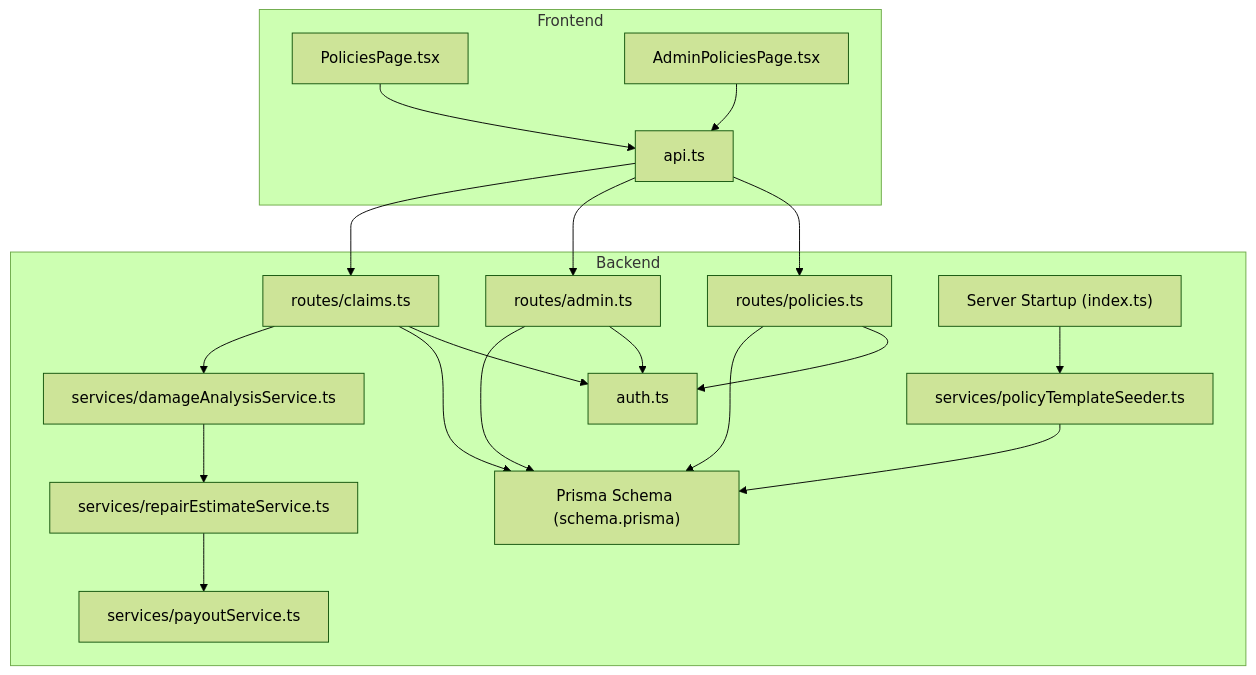
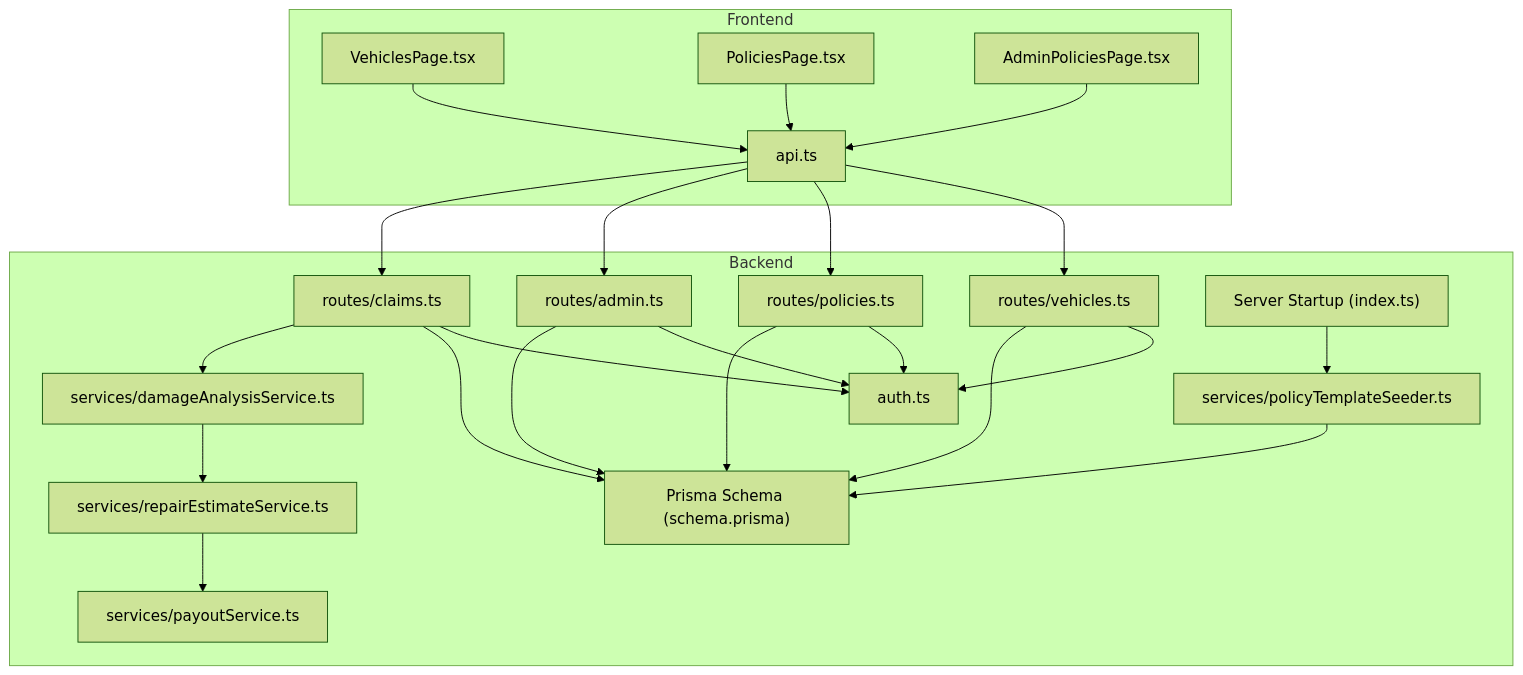
The first of 9 diagrams in .qoder/repowiki/en/content/Business Logic Layer/Policy Management System.md (NaveenHiranya/Smart-Vehicle-Insurance-Claim-System), drawn with Mermaid (forest theme) before and after one commit. The commit also changed other lines of this file and 21 other files, not shown here.

````diff
--- a/.qoder/repowiki/en/content/Business Logic Layer/Policy Management System.md
+++ b/.qoder/repowiki/en/content/Business Logic Layer/Policy Management System.md
@@ -51,36 +52,42 @@
 ```mermaid
 graph TB
 subgraph "Frontend"
+FE_Vehicles["VehiclesPage.tsx"]
 FE_Policies["PoliciesPage.tsx"]
 FE_Admin["AdminPoliciesPage.tsx"]
 FE_API["api.ts"]
 end
 subgraph "Backend"
 AuthMW["auth.ts"]
+Routes_Vehicles["routes/vehicles.ts"]
 Routes_Policies["routes/policies.ts"]
 Routes_Admin["routes/admin.ts"]
 Routes_Claims["routes/claims.ts"]
 Service_Template["services/policyTemplateSeeder.ts"]
 Service_Damage["services/damageAnalysisService.ts"]
 Service_Estimate["services/repairEstimateService.ts"]
 Service_Payout["services/payoutService.ts"]
 DB["Prisma Schema (schema.prisma)"]
 Server["Server Startup (index.ts)"]
 end
+FE_Vehicles --> FE_API
 FE_Policies --> FE_API
 FE_Admin --> FE_API
+FE_API --> Routes_Vehicles
 FE_API --> Routes_Policies
 FE_API --> Routes_Admin
 FE_API --> Routes_Claims
+Routes_Vehicles --> AuthMW
 Routes_Policies --> AuthMW
 Routes_Admin --> AuthMW
 Routes_Claims --> AuthMW
+Routes_Vehicles --> DB
 Routes_Policies --> DB
 Routes_Admin --> DB
 Routes_Claims --> DB
 Routes_Claims --> Service_Damage
 Service_Damage --> Service_Estimate
 Service_Estimate --> Service_Payout
 Service_Template --> DB
 Server --> Service_Template
 ```
````
